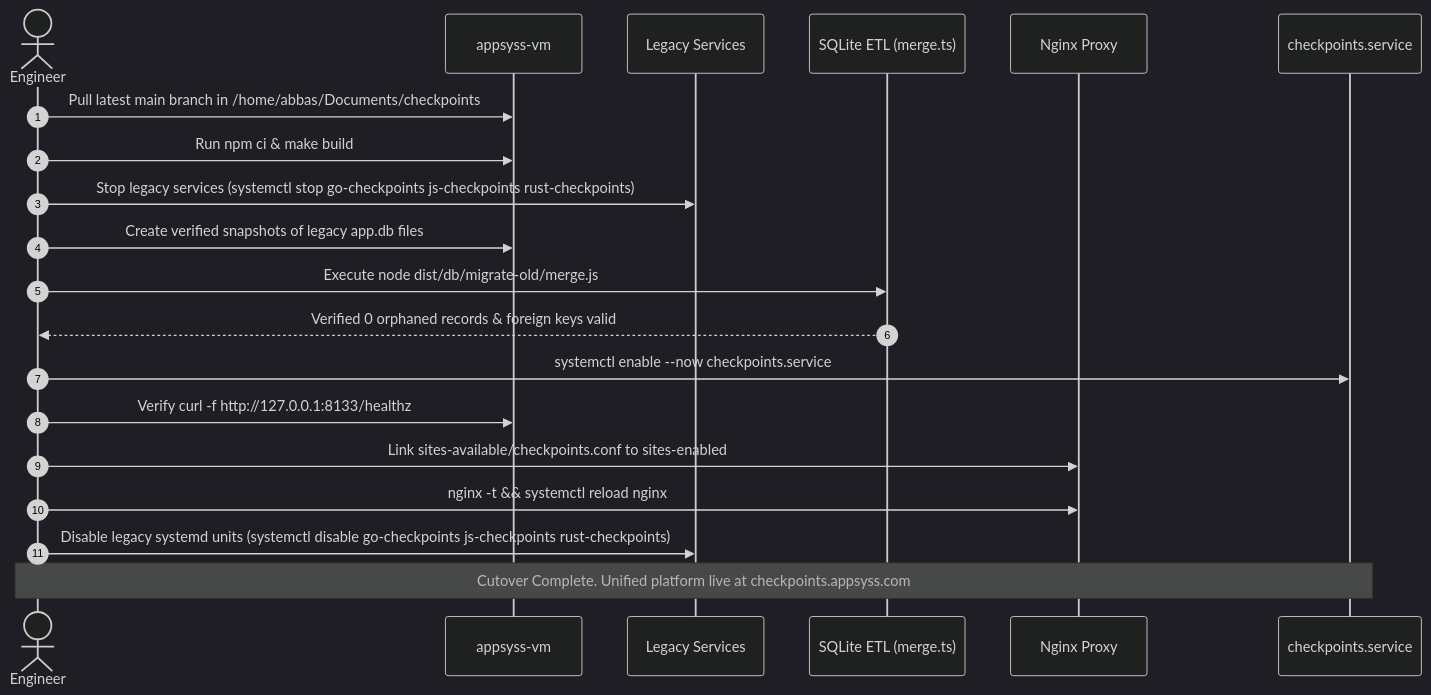
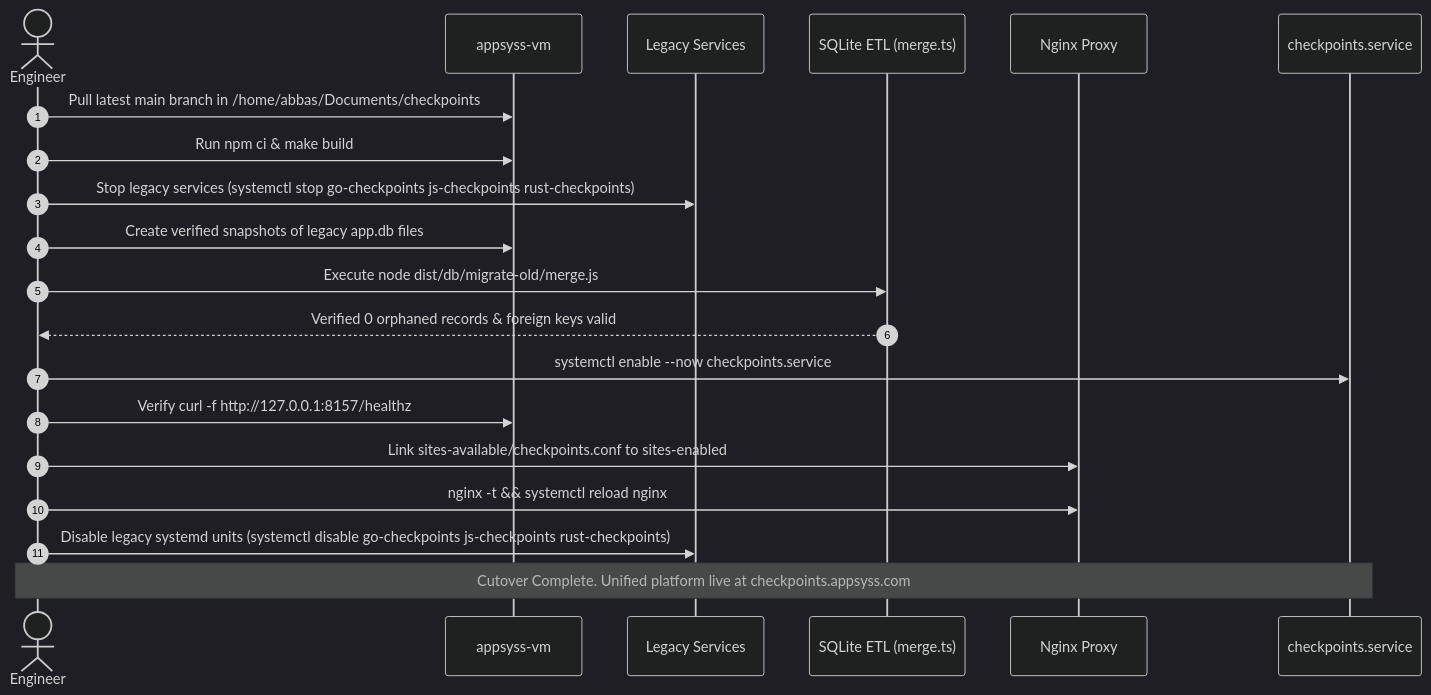
The diagram in docs/01_design/06_deployment_and_operations.md (abbasalasadi/checkpoints), drawn with Mermaid (dark theme) before and after one commit. The commit also changed other lines of this file and 6 other files, not shown here.

````diff
--- a/docs/01_design/06_deployment_and_operations.md
+++ b/docs/01_design/06_deployment_and_operations.md
@@ -184,23 +184,23 @@
 ```mermaid
 sequenceDiagram
     autonumber
     actor Admin as Engineer
     participant VM as appsyss-vm
     participant Legacy as Legacy Services
     participant DB as SQLite ETL (merge.ts)
     participant Nginx as Nginx Proxy
     participant NewSvc as checkpoints.service
 
     Admin->>VM: Pull latest main branch in /home/abbas/Documents/checkpoints
     Admin->>VM: Run npm ci & make build
     Admin->>Legacy: Stop legacy services (systemctl stop go-checkpoints js-checkpoints rust-checkpoints)
     Admin->>VM: Create verified snapshots of legacy app.db files
     Admin->>DB: Execute node dist/db/migrate-old/merge.js
     DB-->>Admin: Verified 0 orphaned records & foreign keys valid
     Admin->>NewSvc: systemctl enable --now checkpoints.service
-    Admin->>VM: Verify curl -f http://127.0.0.1:8133/healthz
+    Admin->>VM: Verify curl -f http://127.0.0.1:8157/healthz
     Admin->>Nginx: Link sites-available/checkpoints.conf to sites-enabled
     Admin->>Nginx: nginx -t && systemctl reload nginx
     Admin->>Legacy: Disable legacy systemd units (systemctl disable go-checkpoints js-checkpoints rust-checkpoints)
     Note over Admin,NewSvc: Cutover Complete. Unified platform live at checkpoints.appsyss.com
 ```
````
